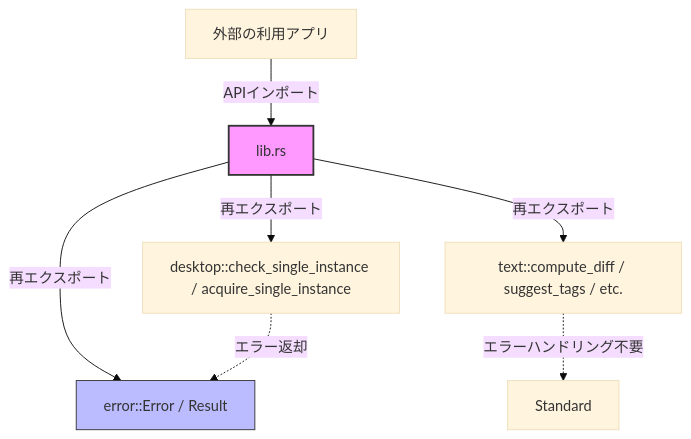
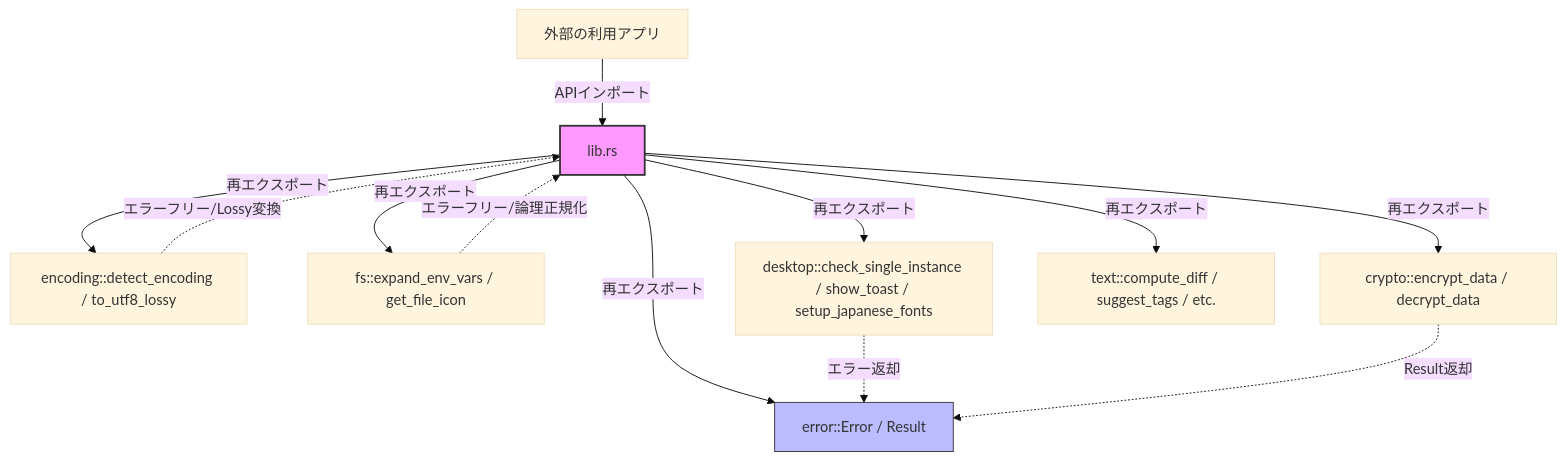
The first of 3 diagrams in docs/ja/ARCHITECTURE.md (tkshnkgwr/common_lib), drawn with Mermaid (base theme) before and after one commit. The commit also changed other lines of this file and 41 other files, not shown here.

````diff
--- a/docs/ja/ARCHITECTURE.md
+++ b/docs/ja/ARCHITECTURE.md
@@ -84,13 +101,18 @@
 ```mermaid
 graph TD
     Client[外部の利用アプリ] -->|APIインポート| Lib[lib.rs]
-    Lib -->|再エクスポート| Desktop[desktop::check_single_instance / acquire_single_instance]
+    Lib -->|再エクスポート| Encoding[encoding::detect_encoding / to_utf8_lossy]
+    Lib -->|再エクスポート| Fs[fs::expand_env_vars / get_file_icon]
+    Lib -->|再エクスポート| Desktop[desktop::check_single_instance / show_toast / setup_japanese_fonts]
+    Lib -->|再エクスポート| Crypto[crypto::encrypt_data / decrypt_data]
     Lib -->|再エクスポート| Text[text::compute_diff / suggest_tags / etc.]
     Lib -->|再エクスポート| ErrorMod[error::Error / Result]
 
     Desktop -.->|エラー返却| ErrorMod
-    Text -.->|エラーハンドリング不要| Standard
+    Encoding -.->|エラーフリー/Lossy変換| Lib
+    Fs -.->|エラーフリー/論理正規化| Lib
+    Crypto -.->|Result返却| ErrorMod
     
     style Lib fill:#f9f,stroke:#333,stroke-width:2px
     style ErrorMod fill:#bbf,stroke:#333,stroke-width:1px
 ```
````
